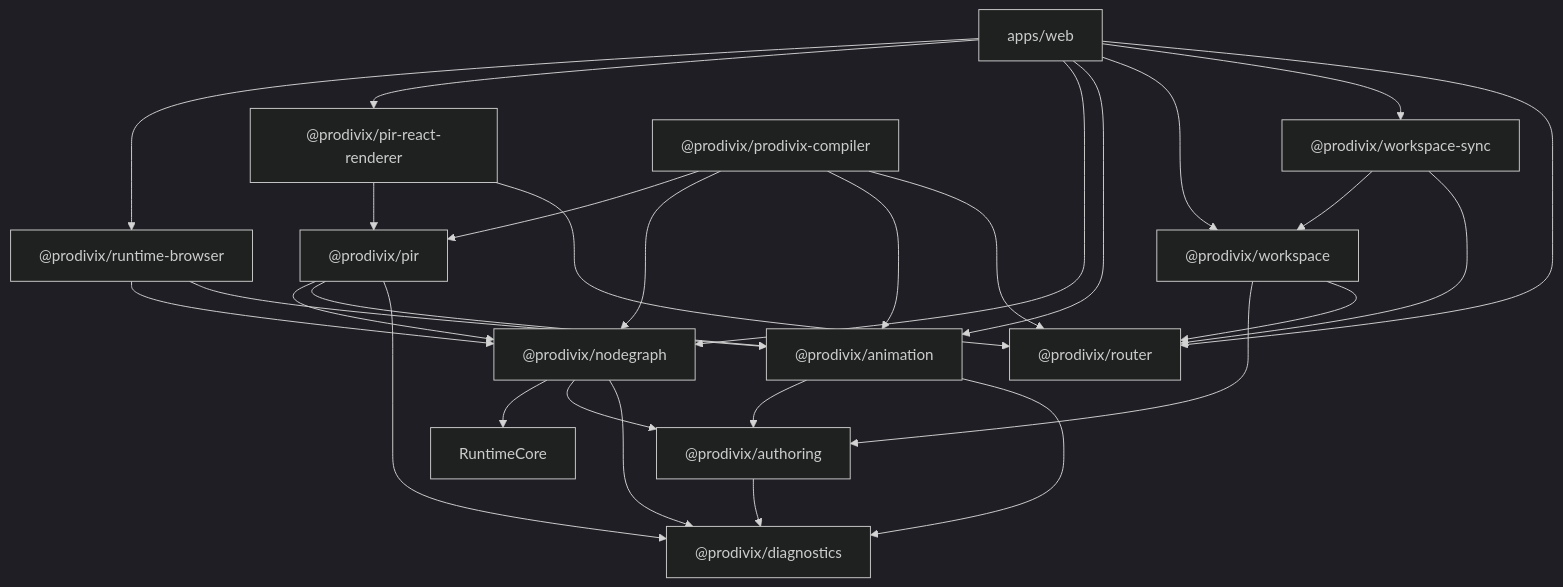
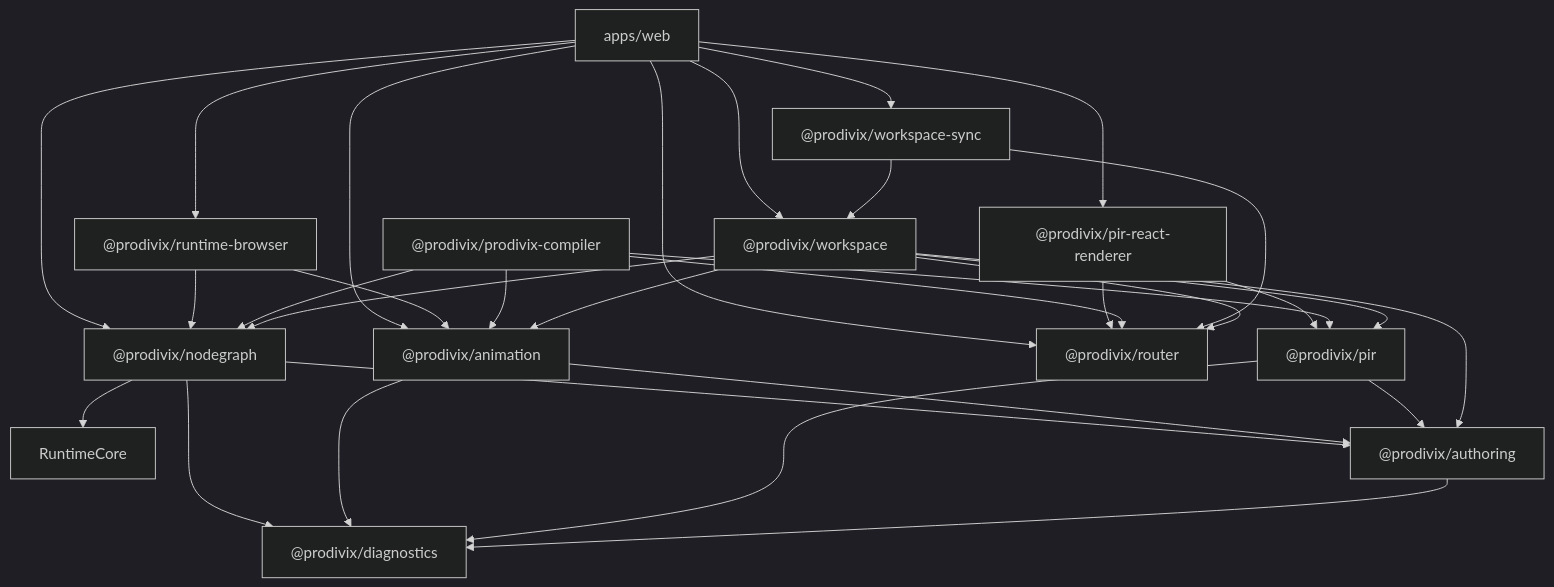
Before and after one commit to prodivix/prodivix: the fourth of 4 diagrams in specs/decisions/37.verified-semantic-authoring-architecture.md, drawn with Mermaid (dark theme). The commit also changed other lines of this file and 684 other files, not shown here.

````diff
--- a/specs/decisions/37.verified-semantic-authoring-architecture.md
+++ b/specs/decisions/37.verified-semantic-authoring-architecture.md
@@ -443,35 +446,37 @@
 ```mermaid
 flowchart TD
     Web["apps/web"] --> RuntimeBrowser["@prodivix/runtime-browser"]
     Web --> PirRenderer["@prodivix/pir-react-renderer"]
     Web --> NodeGraph["@prodivix/nodegraph"]
     Web --> Animation["@prodivix/animation"]
     Web --> Workspace["@prodivix/workspace"]
     Web --> WorkspaceSync["@prodivix/workspace-sync"]
     Web --> Router["@prodivix/router"]
 
     RuntimeBrowser --> NodeGraph
     RuntimeBrowser --> Animation
     PirRenderer --> PIR
     PirRenderer --> Router
     NodeGraph --> RuntimeCore
     NodeGraph --> Authoring["@prodivix/authoring"]
     Animation --> Authoring
     NodeGraph --> Diagnostics["@prodivix/diagnostics"]
     Animation --> Diagnostics
 
-    PIR["@prodivix/pir"] --> NodeGraph
-    PIR --> Animation
+    PIR["@prodivix/pir"] --> Authoring
     PIR --> Diagnostics
 
     Compiler["@prodivix/prodivix-compiler"] --> PIR
     Compiler --> NodeGraph
     Compiler --> Animation
     Compiler --> Router
 
     WorkspaceSync --> Workspace
     WorkspaceSync --> Router
+    Workspace --> PIR
+    Workspace --> NodeGraph
+    Workspace --> Animation
     Workspace --> Authoring
     Workspace --> Router
     Authoring --> Diagnostics
 ```
````
